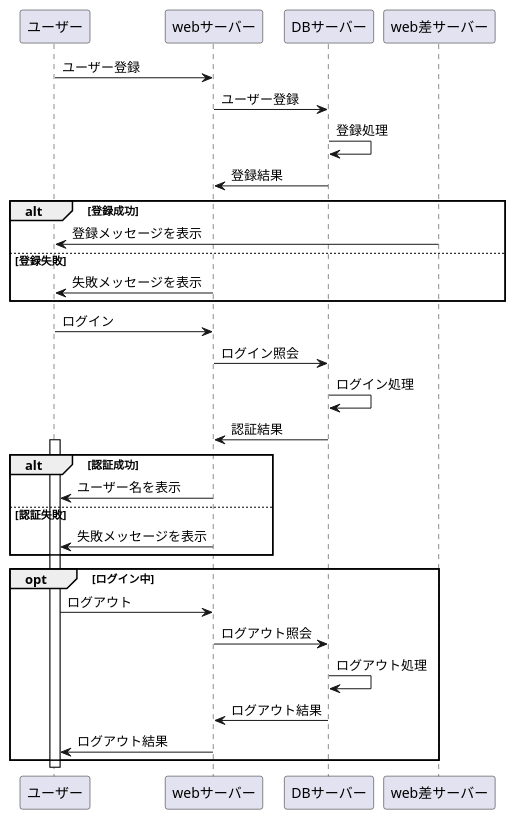
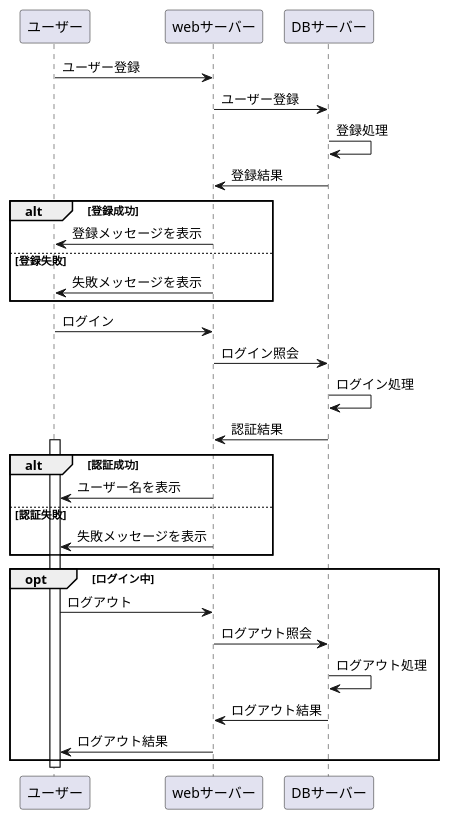
The diagram in kadai9.md (Aso2001363/2021sys-design), drawn with PlantUML before and after one commit.

````diff
--- a/kadai9.md
+++ b/kadai9.md
@@ -1,37 +1,37 @@
 ```uml
 @startuml
 ユーザー -> webサーバー : ユーザー登録
 webサーバー -> DBサーバー : ユーザー登録
 DBサーバー -> DBサーバー : 登録処理
 DBサーバー -> webサーバー : 登録結果
 
 alt 登録成功
-web差サーバー -> ユーザー : 登録メッセージを表示
+webサーバー -> ユーザー : 登録メッセージを表示
 else 登録失敗
 webサーバー -> ユーザー : 失敗メッセージを表示
 
 end
 
 
 ユーザー -> webサーバー : ログイン
 webサーバー -> DBサーバー : ログイン照会
 DBサーバー -> DBサーバー : ログイン処理
 DBサーバー -> webサーバー : 認証結果
 
 activate ユーザー
 alt 認証成功
 webサーバー -> ユーザー : ユーザー名を表示
 else 認証失敗
 webサーバー -> ユーザー : 失敗メッセージを表示
 end
 opt ログイン中
 ユーザー -> webサーバー : ログアウト
 webサーバー -> DBサーバー : ログアウト照会
 DBサーバー -> DBサーバー : ログアウト処理
 DBサーバー -> webサーバー : ログアウト結果
 webサーバー -> ユーザー : ログアウト結果
 end
 
 deactivate ユーザー
 @enduml
 ```
````
